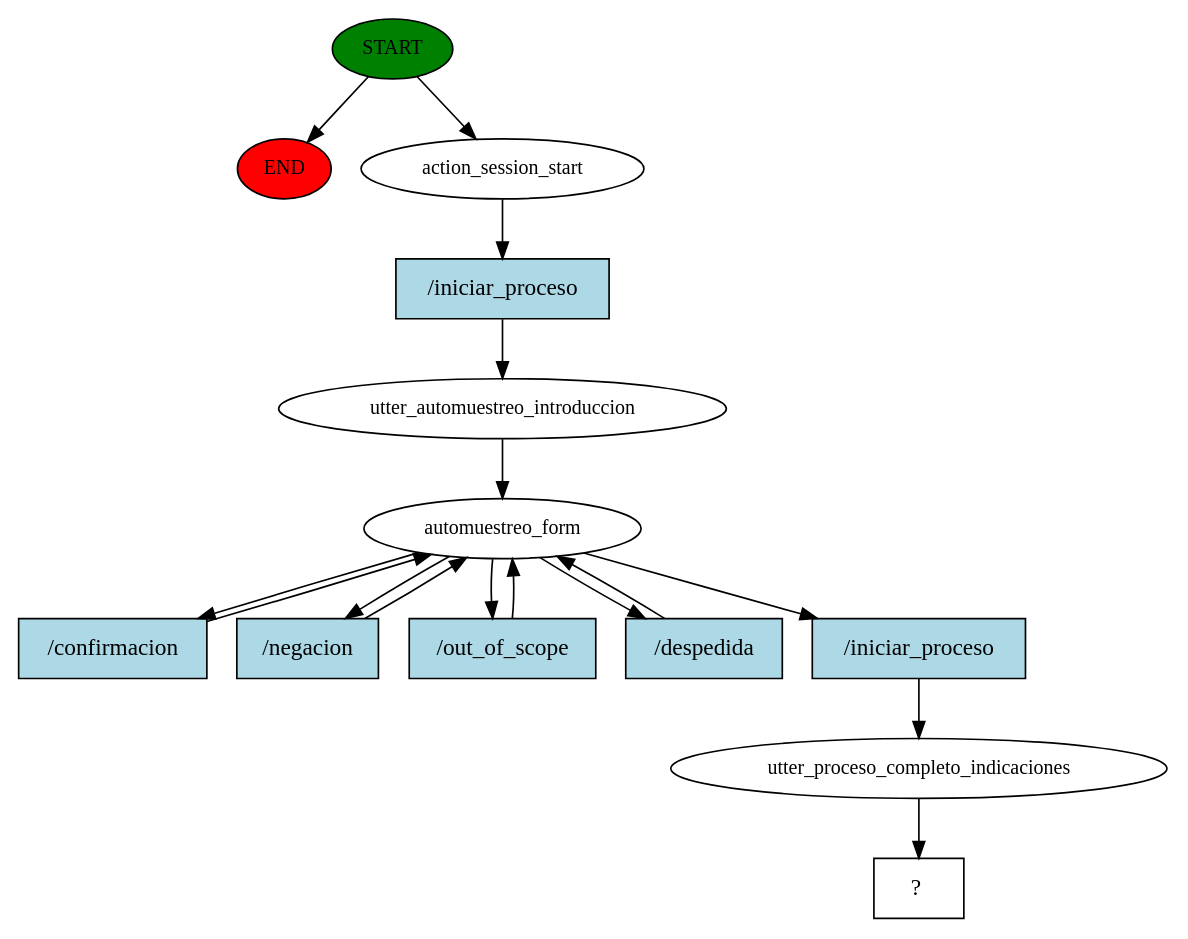
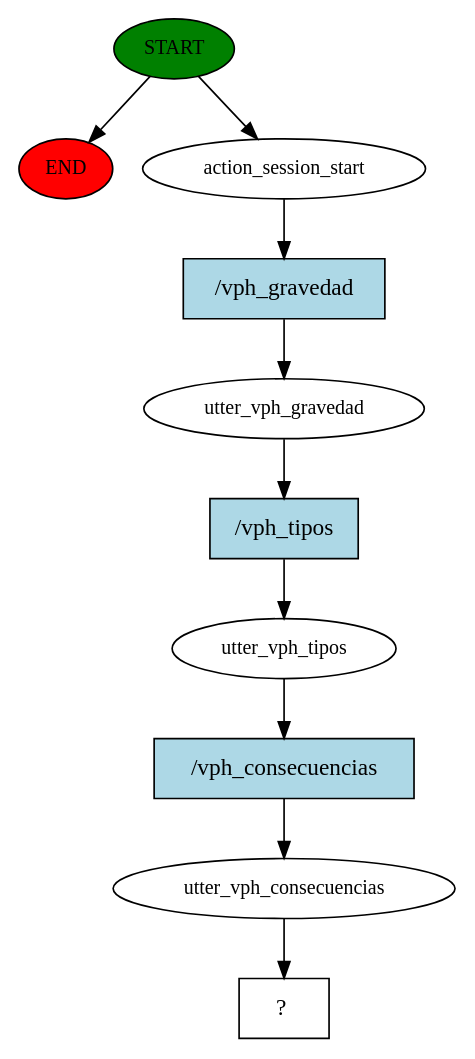
Before and after one commit to chr1s23/TelemedicinaChatbot: the diagram in story_graph.dot, drawn with Graphviz. The commit also changed 5 other files, not shown here.

```diff
--- a/story_graph.dot
+++ b/story_graph.dot
@@ -1,31 +1,21 @@
 digraph  {
 0 [class="start active", fillcolor=green, fontsize=12, label=START, style=filled];
 "-1" [class=end, fillcolor=red, fontsize=12, label=END, style=filled];
 1 [class=active, fontsize=12, label=action_session_start];
-2 [class=active, fontsize=12, label=utter_automuestreo_introduccion];
-3 [class=active, fontsize=12, label=automuestreo_form];
-20 [class=active, fontsize=12, label=utter_proceso_completo_indicaciones];
-21 [class="intent dashed active", label="  ?  ", shape=rect];
-22 [class="intent active", fillcolor=lightblue, label="/iniciar_proceso", shape=rect, style=filled];
-23 [class="intent active", fillcolor=lightblue, label="/confirmacion", shape=rect, style=filled];
-24 [class="intent active", fillcolor=lightblue, label="/negacion", shape=rect, style=filled];
-25 [class="intent active", fillcolor=lightblue, label="/out_of_scope", shape=rect, style=filled];
-26 [class="intent active", fillcolor=lightblue, label="/despedida", shape=rect, style=filled];
-27 [class="intent active", fillcolor=lightblue, label="/iniciar_proceso", shape=rect, style=filled];
+2 [class=active, fontsize=12, label=utter_vph_gravedad];
+3 [class=active, fontsize=12, label=utter_vph_tipos];
+4 [class=active, fontsize=12, label=utter_vph_consecuencias];
+5 [class="intent dashed active", label="  ?  ", shape=rect];
+6 [class="intent active", fillcolor=lightblue, label="/vph_gravedad", shape=rect, style=filled];
+7 [class="intent active", fillcolor=lightblue, label="/vph_tipos", shape=rect, style=filled];
+8 [class="intent active", fillcolor=lightblue, label="/vph_consecuencias", shape=rect, style=filled];
 0 -> "-1"  [class="", key=NONE, label=""];
 0 -> 1  [class=active, key=NONE, label=""];
-1 -> 22  [class=active, key=0];
-2 -> 3  [class=active, key=NONE, label=""];
-3 -> 23  [class=active, key=0];
-3 -> 24  [class=active, key=0];
-3 -> 25  [class=active, key=0];
-3 -> 26  [class=active, key=0];
-3 -> 27  [class=active, key=0];
-20 -> 21  [class=active, key=NONE, label=""];
-22 -> 2  [class=active, key=0];
-23 -> 3  [class=active, key=0];
-24 -> 3  [class=active, key=0];
-25 -> 3  [class=active, key=0];
-26 -> 3  [class=active, key=0];
-27 -> 20  [class=active, key=0];
+1 -> 6  [class=active, key=0];
+2 -> 7  [class=active, key=0];
+3 -> 8  [class=active, key=0];
+4 -> 5  [class=active, key=NONE, label=""];
+6 -> 2  [class=active, key=0];
+7 -> 3  [class=active, key=0];
+8 -> 4  [class=active, key=0];
 }
```
